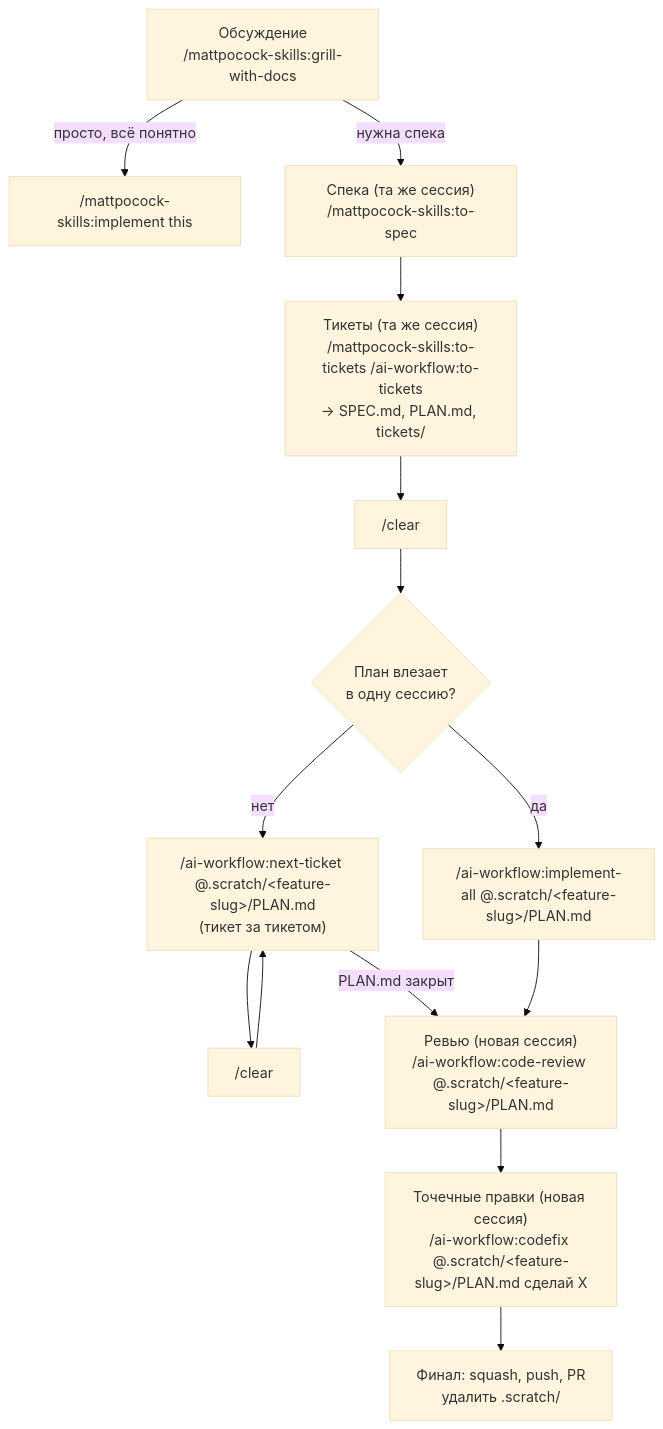
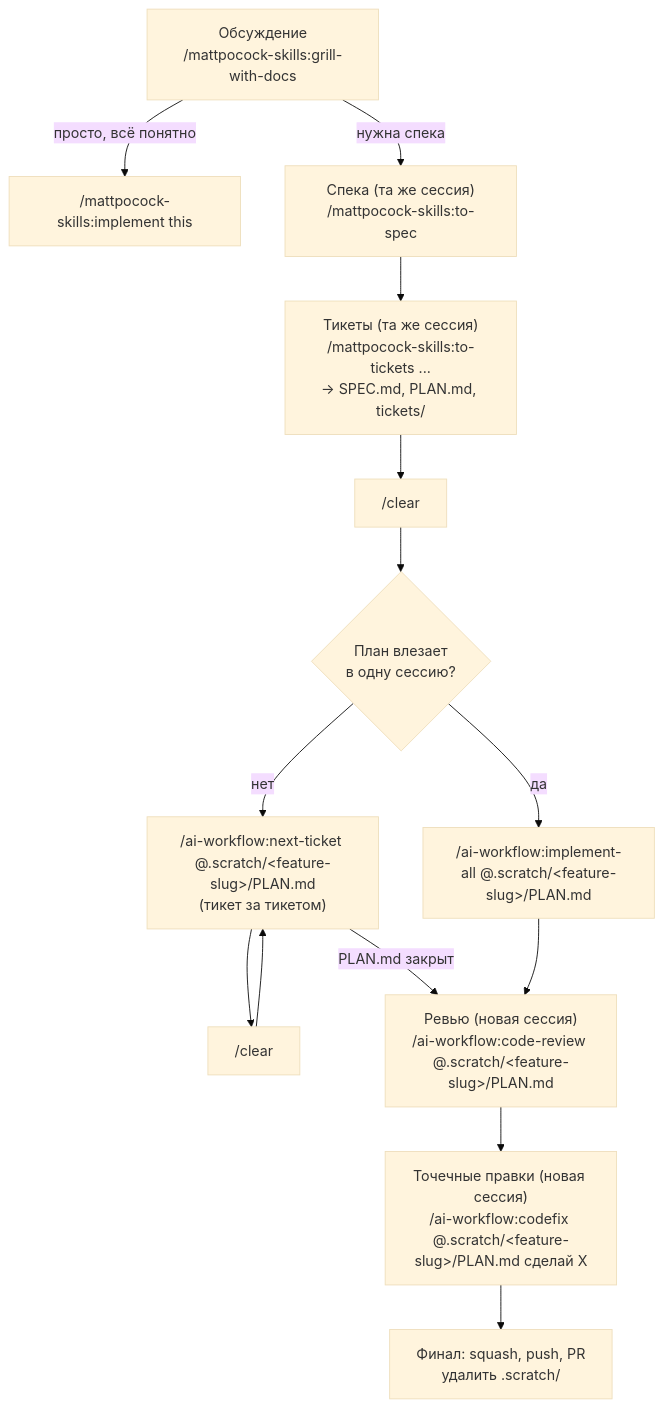
One commit to Whatislove118/AI-Workflow changed the diagram in README.md. Above: the diagram before and after it, drawn with Mermaid (base theme). The commit also changed other lines of this file and 1 other file, not shown here.

````diff
--- a/README.md
+++ b/README.md
@@ -45,16 +44,16 @@
 ```mermaid
 flowchart TD
     A["Обсуждение\n/mattpocock-skills:grill-with-docs"]
     A -- "просто, всё понятно" --> B["/mattpocock-skills:implement this"]
     A -- "нужна спека" --> C["Спека (та же сессия)\n/mattpocock-skills:to-spec"]
-    C --> D["Тикеты (та же сессия)\n/mattpocock-skills:to-tickets /ai-workflow:to-tickets\n→ SPEC.md, PLAN.md, tickets/"]
+    C --> D["Тикеты (та же сессия)\n/mattpocock-skills:to-tickets ...\n→ SPEC.md, PLAN.md, tickets/"]
     D --> E["/clear"]
     E --> F{"План влезает\nв одну сессию?"}
     F -- да --> G["/ai-workflow:implement-all @.scratch/#lt;feature-slug#gt;/PLAN.md"]
     F -- нет --> H["/ai-workflow:next-ticket @.scratch/#lt;feature-slug#gt;/PLAN.md\n(тикет за тикетом)"]
     H --> I["/clear"] --> H
     H -- "PLAN.md закрыт" --> J
     G --> J["Ревью (новая сессия)\n/ai-workflow:code-review @.scratch/#lt;feature-slug#gt;/PLAN.md"]
     J --> K["Точечные правки (новая сессия)\n/ai-workflow:codefix @.scratch/#lt;feature-slug#gt;/PLAN.md сделай X"]
     K --> L["Финал: squash, push, PR\nудалить .scratch/"]
 ```
````
